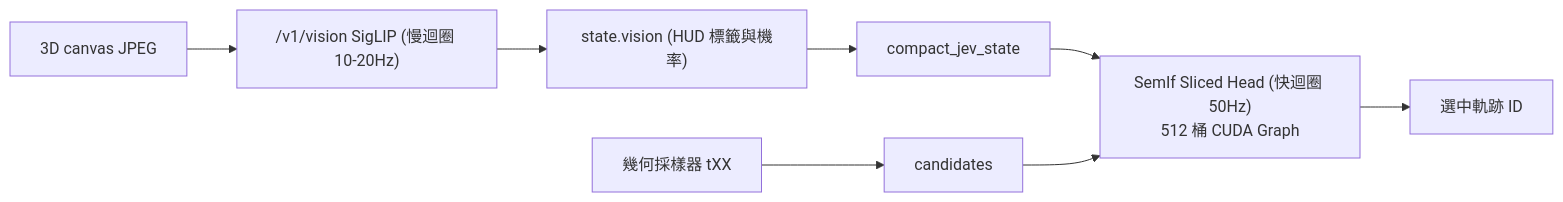
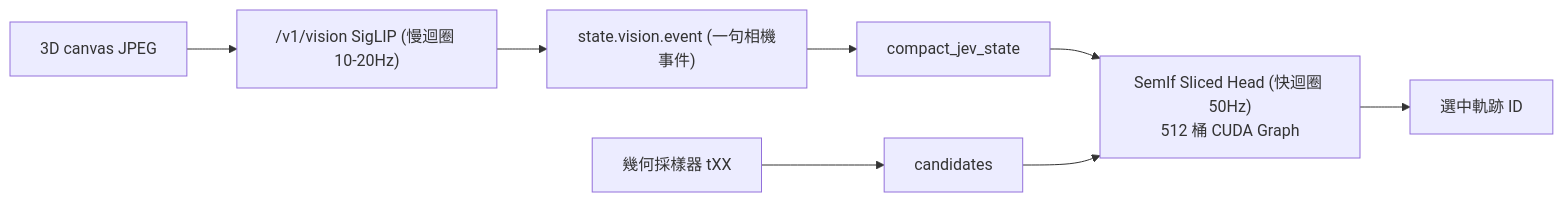
Before and after one commit to EndeavorYen/SemArbiter: the diagram in docs/tutorials/12_jevpilot_vision.md, drawn with Mermaid. The commit also changed other lines of this file and 6 other files, not shown here.

````diff
--- a/docs/tutorials/12_jevpilot_vision.md
+++ b/docs/tutorials/12_jevpilot_vision.md
@@ -39,10 +39,10 @@
 ```mermaid
 flowchart LR
     Canvas["3D canvas JPEG"] --> Vision["/v1/vision SigLIP (慢迴圈 10-20Hz)"]
-    Vision --> Evidence["state.vision (HUD 標籤與機率)"]
+    Vision --> Evidence["state.vision.event (一句相機事件)"]
     Sampler["幾何採樣器 tXX"] --> Cands["candidates"]
     Evidence --> State["compact_jev_state"]
     State --> SemIf["SemIf Sliced Head (快迴圈 50Hz)<br/>512 桶 CUDA Graph"]
     Cands --> SemIf
     SemIf --> Pick["選中軌跡 ID"]
 ```
````
